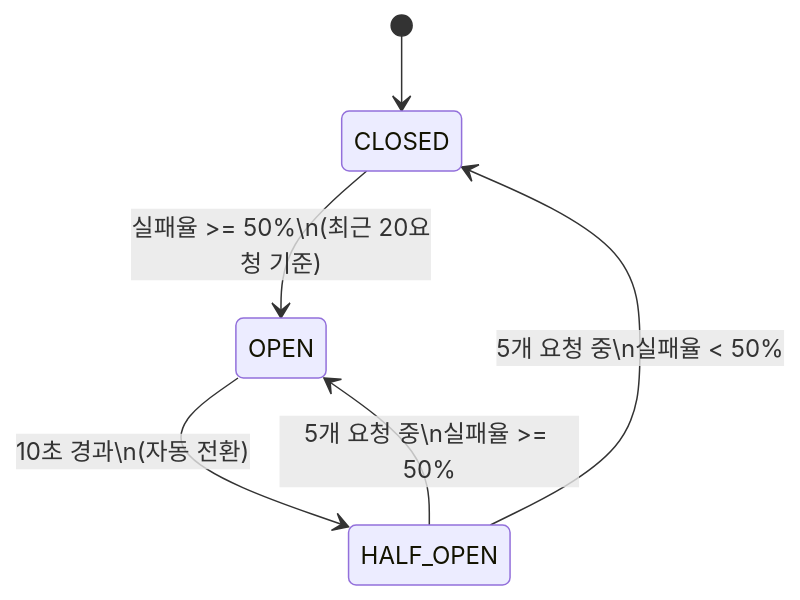
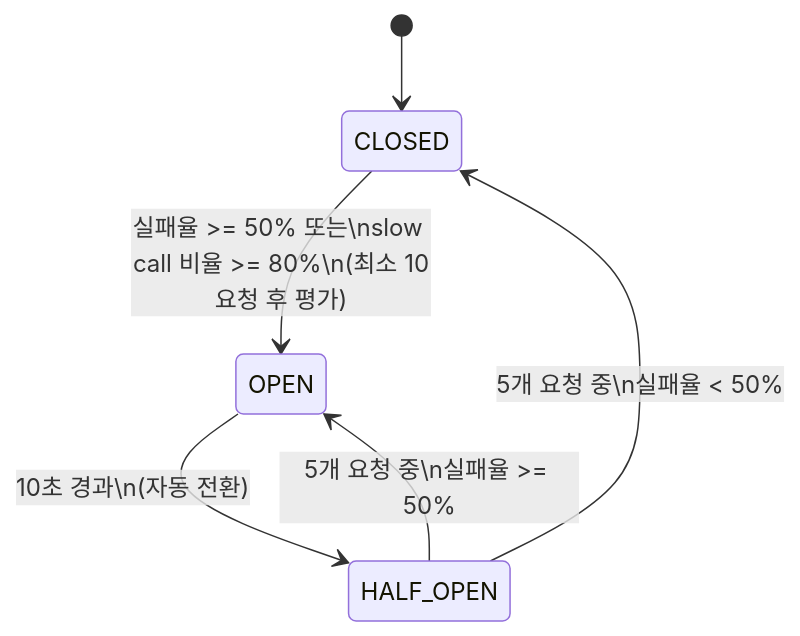
Before and after one commit to L-a-z-e/portal-universe: the diagram in docs/api/api-gateway/resilience.md, drawn with Mermaid. The commit also changed other lines of this file and 2 other files, not shown here.

````diff
--- a/docs/api/api-gateway/resilience.md
+++ b/docs/api/api-gateway/resilience.md
@@ -67,8 +77,8 @@
 ```mermaid
 stateDiagram-v2
     [*] --> CLOSED
-    CLOSED --> OPEN : 실패율 >= 50%\n(최근 20요청 기준)
+    CLOSED --> OPEN : 실패율 >= 50% 또는\nslow call 비율 >= 80%\n(최소 10요청 후 평가)
     OPEN --> HALF_OPEN : 10초 경과\n(자동 전환)
     HALF_OPEN --> CLOSED : 5개 요청 중\n실패율 < 50%
     HALF_OPEN --> OPEN : 5개 요청 중\n실패율 >= 50%
 ```
````
